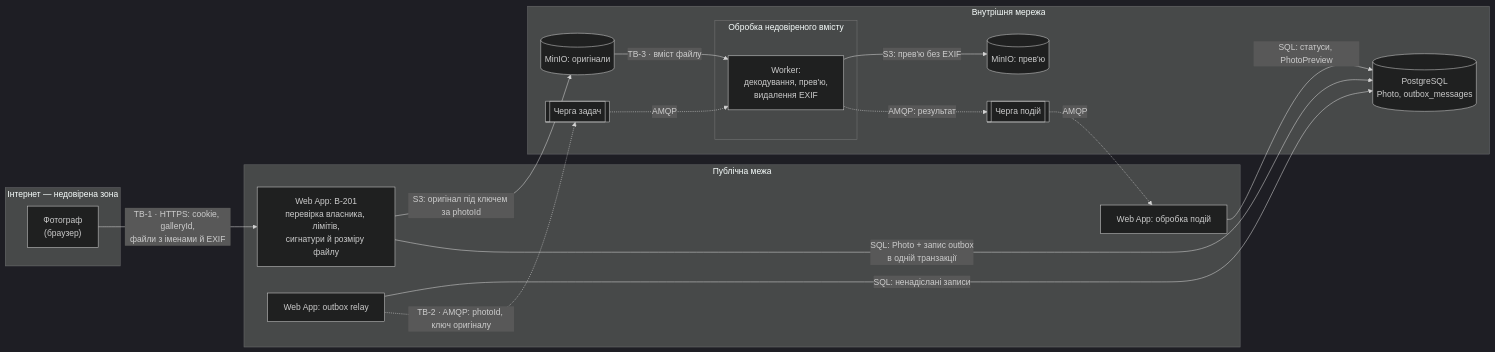
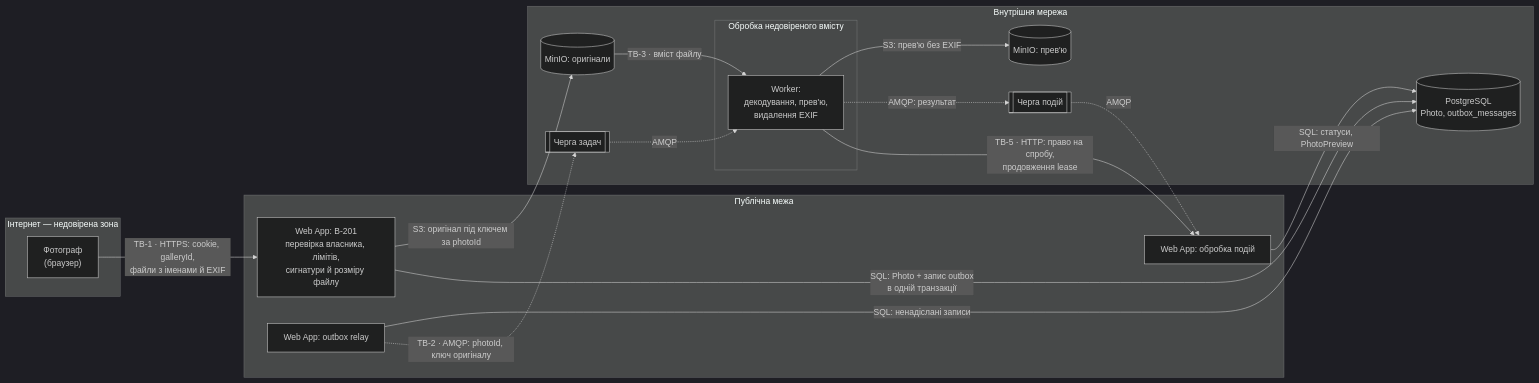
Before and after one commit to alonasaienko/picpick: the diagram in docs/09-security/zone-b.md, drawn with Mermaid (dark theme). The commit also changed other lines of this file and 4 other files, not shown here.

````diff
--- a/docs/09-security/zone-b.md
+++ b/docs/09-security/zone-b.md
@@ -7,35 +7,36 @@
 ```mermaid
 flowchart LR
     subgraph internet["Інтернет — недовірена зона"]
         photographer["Фотограф<br/>(браузер)"]
     end
 
     subgraph public["Публічна межа"]
         upload["Web App: B-201<br/>перевірка власника, лімітів,<br/>сигнатури й розміру файлу"]
         relay["Web App: outbox relay"]
         results["Web App: обробка подій"]
     end
 
     subgraph internal["Внутрішня мережа"]
         postgres[("PostgreSQL<br/>Photo, outbox_messages")]
         originals[("MinIO: оригінали")]
         previews[("MinIO: прев'ю")]
         tasks[["Черга задач"]]
         events[["Черга подій"]]
         subgraph untrusted["Обробка недовіреного вмісту"]
             worker["Worker:<br/>декодування, прев'ю,<br/>видалення EXIF"]
         end
     end
 
     photographer -- "TB-1 · HTTPS: cookie, galleryId,<br/>файли з іменами й EXIF" --> upload
     upload -- "S3: оригінал під ключем за photoId" --> originals
     upload -- "SQL: Photo + запис outbox<br/>в одній транзакції" --> postgres
     relay -- "SQL: ненадіслані записи" --> postgres
     relay -. "TB-2 · AMQP: photoId, ключ оригіналу" .-> tasks
     tasks -. "AMQP" .-> worker
     originals -- "TB-3 · вміст файлу" --> worker
     worker -- "S3: прев'ю без EXIF" --> previews
     worker -. "AMQP: результат" .-> events
+    worker -- "TB-5 · HTTP: право на спробу,<br/>продовження lease" --> results
     events -. "AMQP" .-> results
     results -- "SQL: статуси, PhotoPreview" --> postgres
 ```
````
